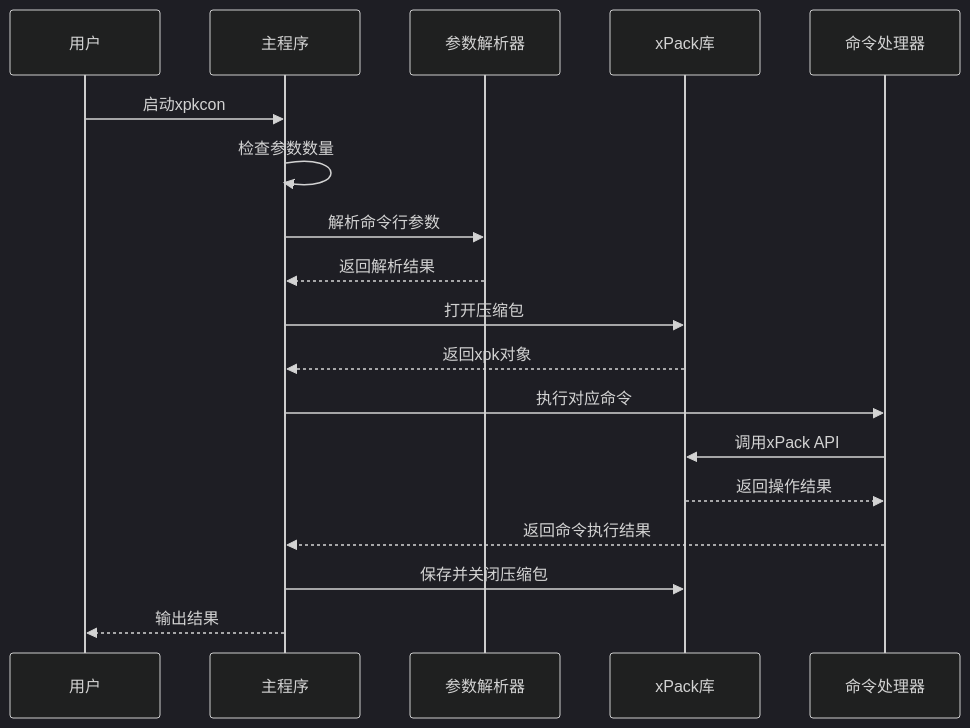
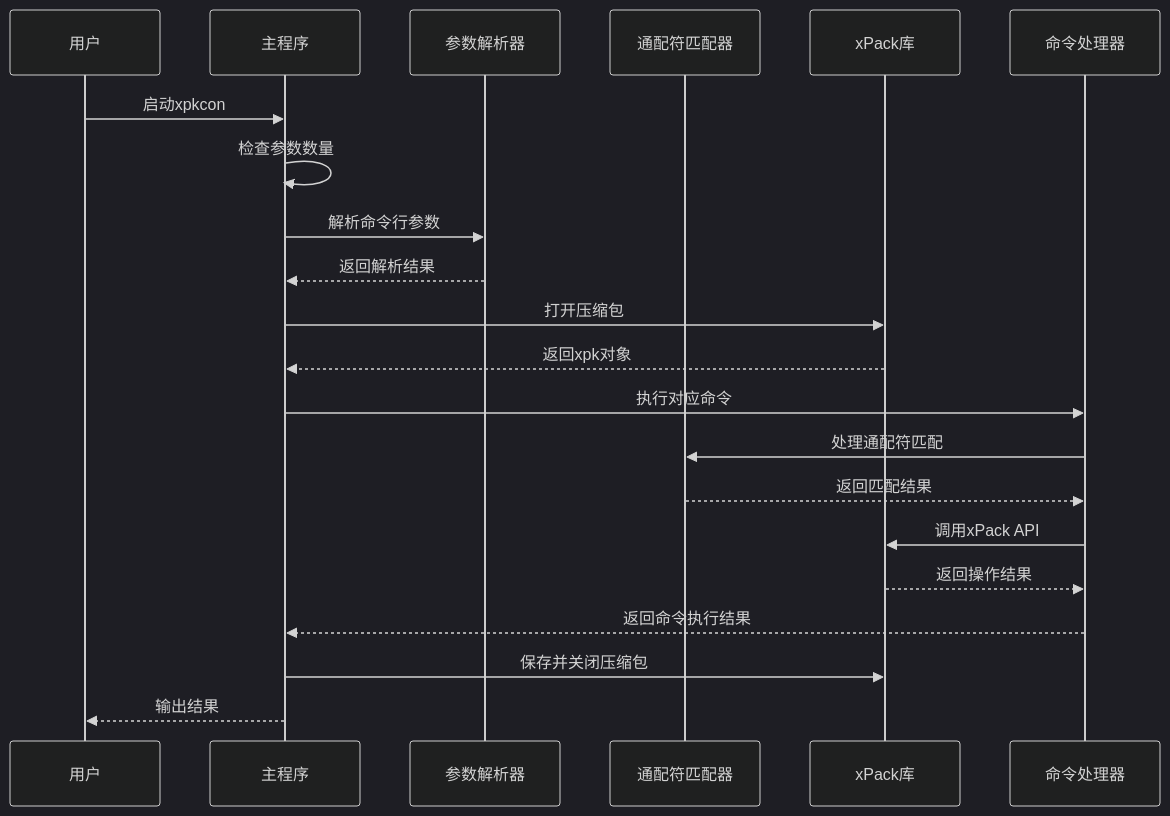
Before and after one commit to xywhsoft/xpack: the fourth of 10 diagrams in .qoder/repowiki/zh/content/开发者指南/xpkcon 命令行工具.md, drawn with Mermaid (dark theme). The commit also changed other lines of this file and 14 other files, not shown here.

````diff
--- a/.qoder/repowiki/zh/content/开发者指南/xpkcon 命令行工具.md
+++ b/.qoder/repowiki/zh/content/开发者指南/xpkcon 命令行工具.md
@@ -173,20 +209,23 @@
 ```mermaid
 sequenceDiagram
 participant U as 用户
 participant M as 主程序
 participant P as 参数解析器
+participant W as 通配符匹配器
 participant X as xPack库
 participant C as 命令处理器
 U->>M : 启动xpkcon
 M->>M : 检查参数数量
 M->>P : 解析命令行参数
 P-->>M : 返回解析结果
 M->>X : 打开压缩包
 X-->>M : 返回xpk对象
 M->>C : 执行对应命令
+C->>W : 处理通配符匹配
+W-->>C : 返回匹配结果
 C->>X : 调用xPack API
 X-->>C : 返回操作结果
 C-->>M : 返回命令执行结果
 M->>X : 保存并关闭压缩包
 M-->>U : 输出结果
 ```
````
